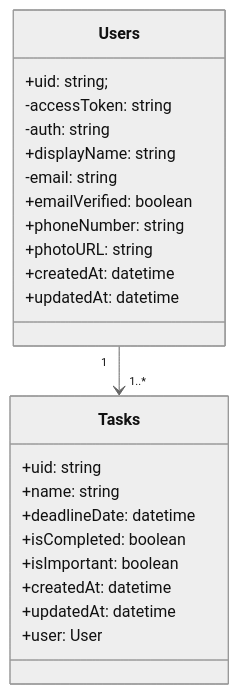
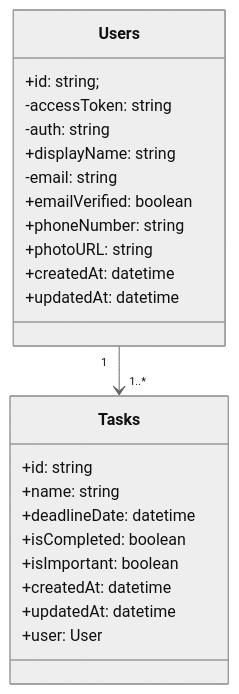
One commit to citra-rahman/todoist-web changed the diagram in README.md. Above: the diagram before and after it, drawn with Mermaid (neutral theme). The commit also changed other lines of this file, not shown here.

````diff
--- a/README.md
+++ b/README.md
@@ -46,26 +46,26 @@
 ```mermaid
 classDiagram
 class Users{
-  +uid: string;
+  +id: string;
   -accessToken: string
   -auth: string
   +displayName: string
   -email: string
   +emailVerified: boolean
   +phoneNumber: string
   +photoURL: string
   +createdAt: datetime
   +updatedAt: datetime
 }
 class Tasks{
-  +uid: string
+  +id: string
   +name: string
   +deadlineDate: datetime
   +isCompleted: boolean
   +isImportant: boolean
   +createdAt: datetime
   +updatedAt: datetime
   +user: User
 }
 Users "1" --> "1..*" Tasks
 ```
````
